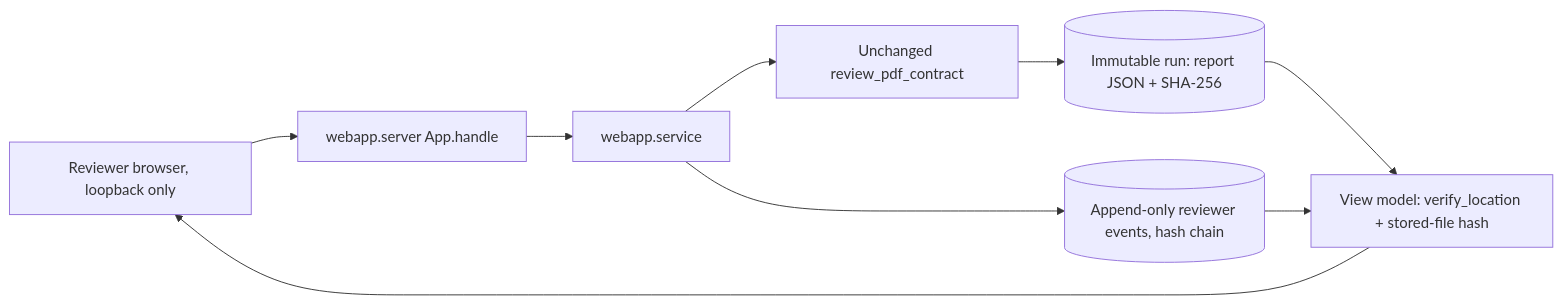
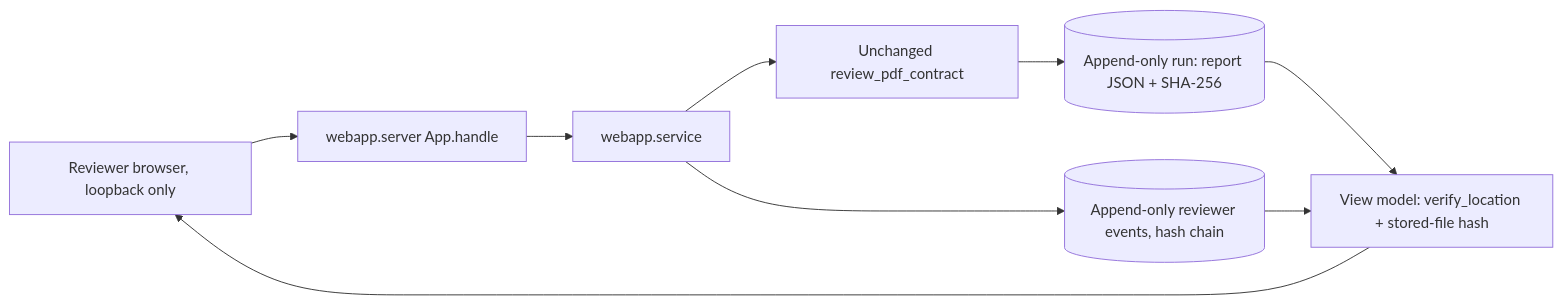
The second of 2 diagrams in ARCHITECTURE.md (korakdas1/tds-evidence-review), drawn with Mermaid before and after one commit. The commit also changed other lines of this file and 57 other files, not shown here.

````diff
--- a/ARCHITECTURE.md
+++ b/ARCHITECTURE.md
@@ -131,11 +131,11 @@
 ```mermaid
 flowchart LR
     U[Reviewer browser, loopback only] --> S[webapp.server App.handle]
     S --> V[webapp.service]
     V --> P[Unchanged review_pdf_contract]
-    P --> R[(Immutable run: report JSON + SHA-256)]
+    P --> R[(Append-only run: report JSON + SHA-256)]
     V --> E[(Append-only reviewer events, hash chain)]
     R --> M[View model: verify_location + stored-file hash]
     E --> M
     M --> U
 ```
````
